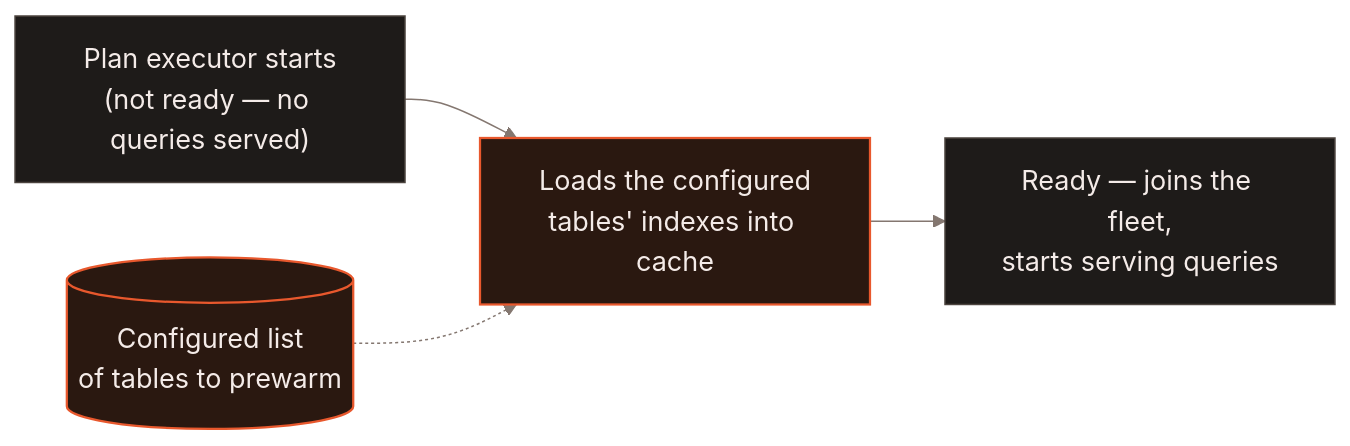
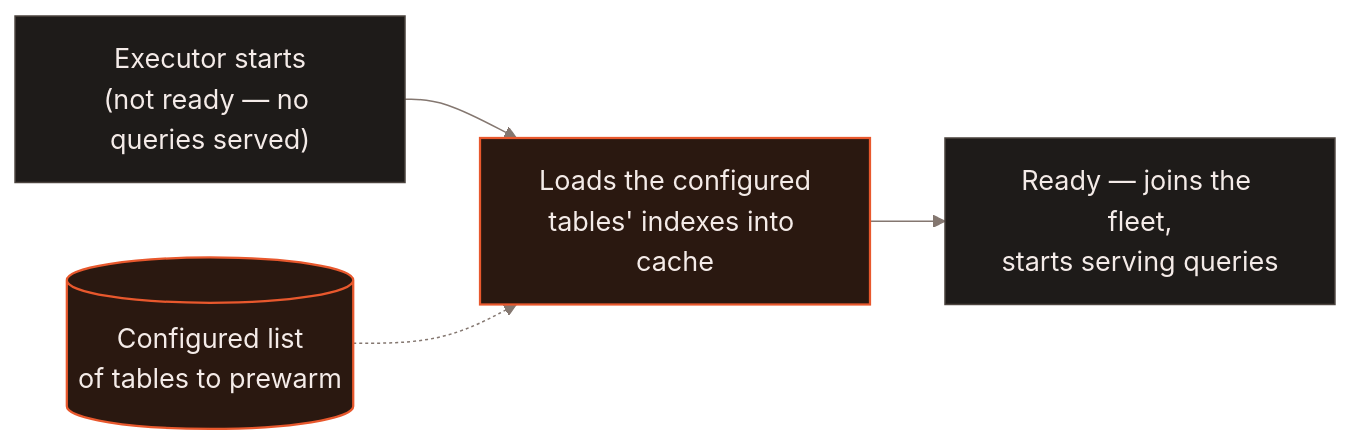
The first of 2 diagrams in docs/web/enterprise/cache-prewarm.mdx (lancedb/lancedb), drawn with Mermaid before and after one commit. The commit also changed other lines of this file and 2 other files, not shown here.

````diff
--- a/docs/web/enterprise/cache-prewarm.mdx
+++ b/docs/web/enterprise/cache-prewarm.mdx
@@ -27,15 +27,15 @@
 ```mermaid
 %%{init: {"theme": "base", "themeVariables": {
   "background": "#171513", "primaryColor": "#1e1b19", "primaryTextColor": "#f4ebe8",
   "primaryBorderColor": "#4c443f", "lineColor": "#847770", "textColor": "#f4ebe8",
   "edgeLabelBackground": "#171513", "fontFamily": "Inter, sans-serif", "fontSize": "18px"
 }}}%%
 flowchart LR
     List[("Configured list<br/>of tables to prewarm")]
-    Start["Plan executor starts<br/>(not ready — no queries served)"] --> Warm["Loads the configured<br/>tables' indexes into cache"]
+    Start["Executor starts<br/>(not ready — no queries served)"] --> Warm["Loads the configured<br/>tables' indexes into cache"]
     List -.-> Warm
     Warm --> Ready["Ready — joins the fleet,<br/>starts serving queries"]
     classDef default fill:#1e1b19,stroke:#4c443f,stroke-width:1px,color:#f4ebe8
     classDef accent fill:#2a1810,stroke:#e8582d,stroke-width:1.5px,color:#f4ebe8
     class Warm,List accent
 ```
````
